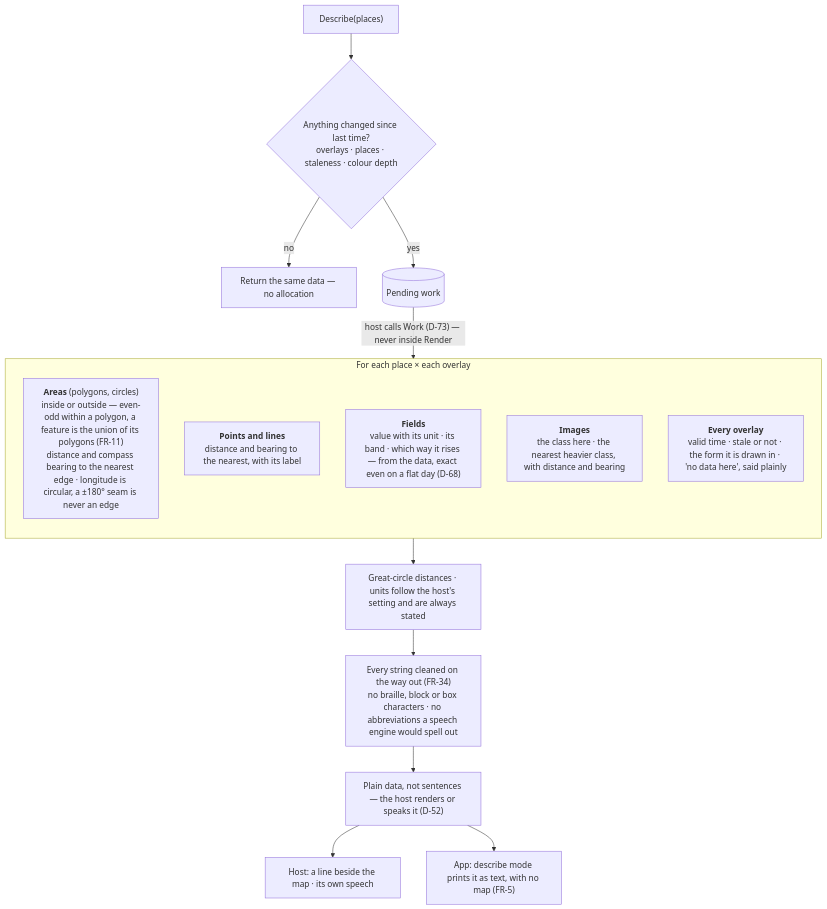
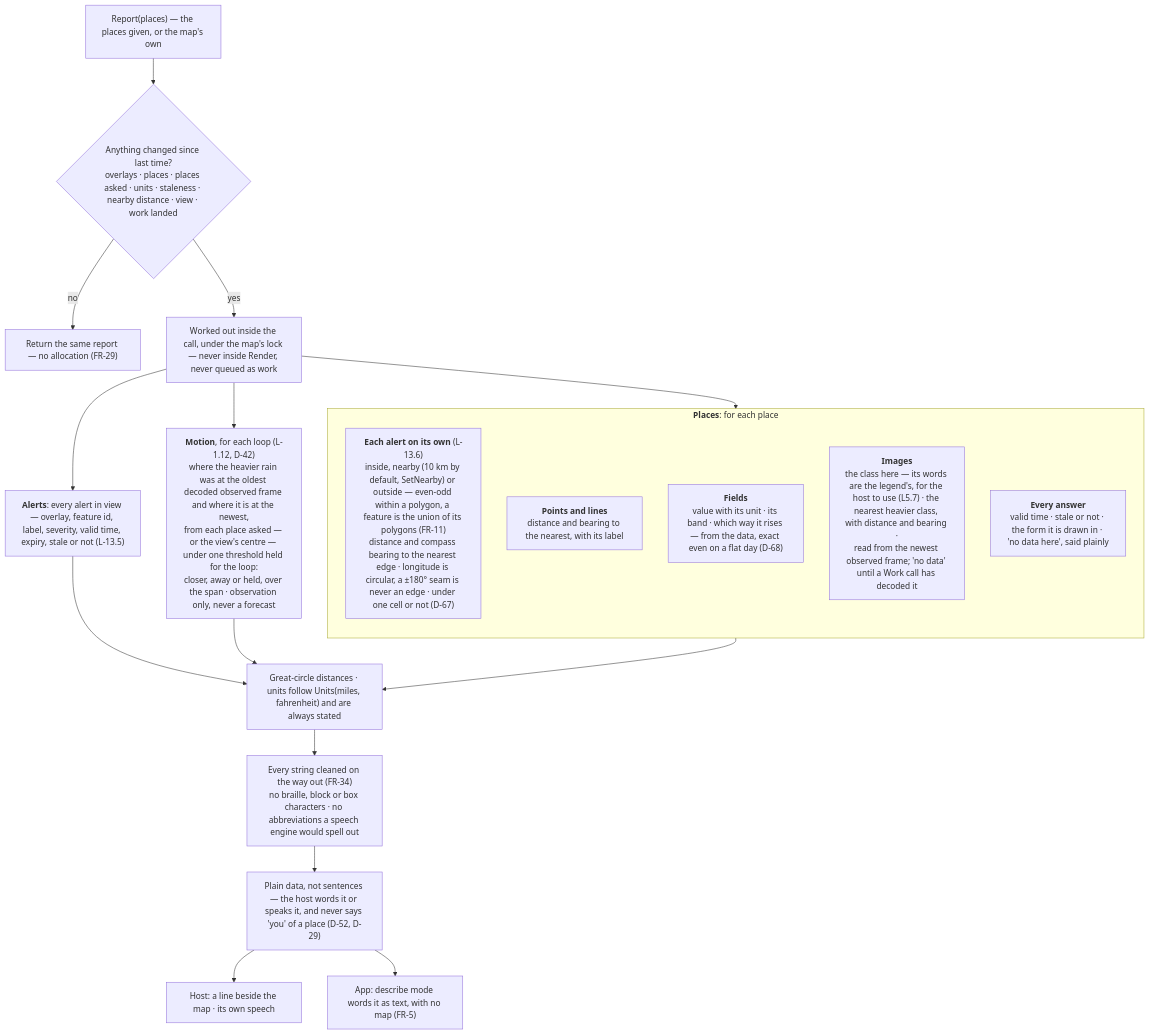
Before and after one commit to branden-thompson/go-tuimaps: the first of 2 diagrams in 06_docs/02_features/go-tuimaps/03-architecture-design/L2-describe.md, drawn with Mermaid. The commit also changed other lines of this file and 20 other files, not shown here.

````diff
--- a/06_docs/02_features/go-tuimaps/03-architecture-design/L2-describe.md
+++ b/06_docs/02_features/go-tuimaps/03-architecture-design/L2-describe.md
@@ -13,22 +13,31 @@
 ```mermaid
 flowchart TB
-    ASK["Describe(places)"] --> MEMO{"Anything changed since last time?<br/>overlays · places · staleness · colour depth"}
-    MEMO -- no --> SAME["Return the same data — no allocation"]
-    MEMO -- yes --> Q[("Pending work")]
-    Q -- "host calls Work (D-73) — never inside Render" --> PER
+    ASK["Report(places) — the places given, or the map's own"] --> MEMO{"Anything changed since last time?<br/>overlays · places · places asked · units · staleness · nearby distance · view · work landed"}
+    MEMO -- no --> SAME["Return the same report — no allocation (FR-29)"]
+    MEMO -- yes --> NOW["Worked out inside the call, under the map's lock — never inside Render, never queued as work"]
+    NOW --> SHOWN
+    NOW --> PER
+    NOW --> MOT
 
-    subgraph PER["For each place × each overlay"]
+    SHOWN["<b>Alerts</b>: every alert in view — overlay, feature id, label, severity, valid time, expiry, stale or not (L-13.5)"]
+
+    subgraph PER["<b>Places</b>: for each place"]
       direction TB
-      A["<b>Areas</b> (polygons, circles)<br/>inside or outside — even-odd within a polygon, a feature is the union of its polygons (FR-11)<br/>distance and compass bearing to the nearest edge · longitude is circular, a ±180° seam is never an edge"]
+      A["<b>Each alert on its own</b> (L-13.6)<br/>inside, nearby (10 km by default, SetNearby) or outside — even-odd within a polygon, a feature is the union of its polygons (FR-11)<br/>distance and compass bearing to the nearest edge · longitude is circular, a ±180° seam is never an edge · under one cell or not (D-67)"]
       B["<b>Points and lines</b><br/>distance and bearing to the nearest, with its label"]
       C["<b>Fields</b><br/>value with its unit · its band · which way it rises — from the data, exact even on a flat day (D-68)"]
-      D["<b>Images</b><br/>the class here · the nearest heavier class, with distance and bearing"]
-      E["<b>Every overlay</b><br/>valid time · stale or not · the form it is drawn in · 'no data here', said plainly"]
+      D["<b>Images</b><br/>the class here — its words are the legend's, for the host to use (L5.7) · the nearest heavier class, with distance and bearing ·<br/>read from the newest observed frame; 'no data' until a Work call has decoded it"]
+      E["<b>Every answer</b><br/>valid time · stale or not · the form it is drawn in · 'no data here', said plainly"]
     end
 
-    PER --> GEO["Great-circle distances · units follow the host's setting and are always stated"]
+    MOT["<b>Motion</b>, for each loop (L-1.12, D-42)<br/>where the heavier rain was at the oldest decoded observed frame and where it is at the newest,<br/>from each place asked — or the view's centre — under one threshold held for the loop:<br/>closer, away or held, over the span · observation only, never a forecast"]
+
+    SHOWN --> GEO
+    PER --> GEO
+    MOT --> GEO
+    GEO["Great-circle distances · units follow Units(miles, fahrenheit) and are always stated"]
     GEO --> CLEAN["Every string cleaned on the way out (FR-34)<br/>no braille, block or box characters · no abbreviations a speech engine would spell out"]
-    CLEAN --> DATA["Plain data, not sentences — the host renders or speaks it (D-52)"]
+    CLEAN --> DATA["Plain data, not sentences — the host words it or speaks it, and never says 'you' of a place (D-52, D-29)"]
     DATA --> HOST["Host: a line beside the map · its own speech"]
-    DATA --> APP["App: describe mode prints it as text, with no map (FR-5)"]
+    DATA --> APP["App: describe mode words it as text, with no map (FR-5)"]
 ```
````
